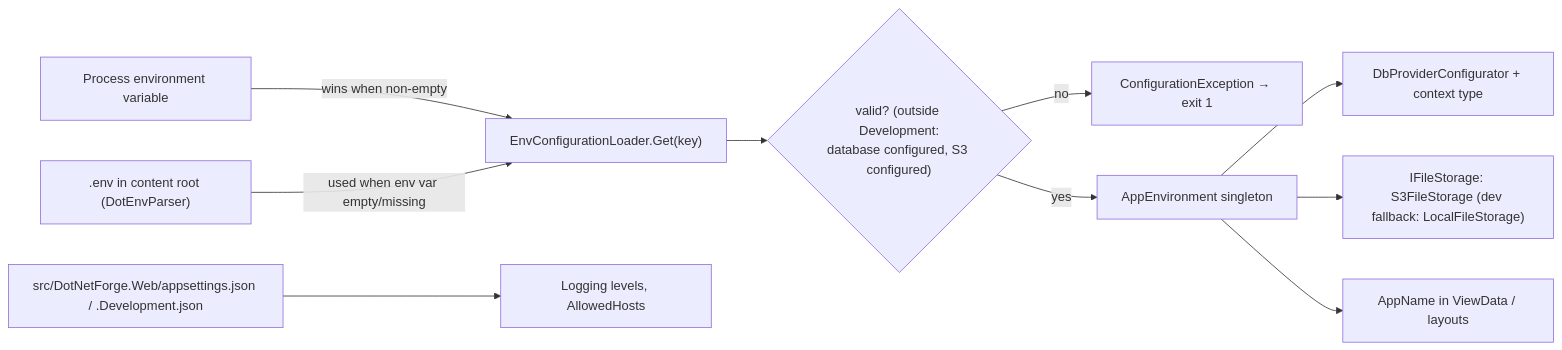
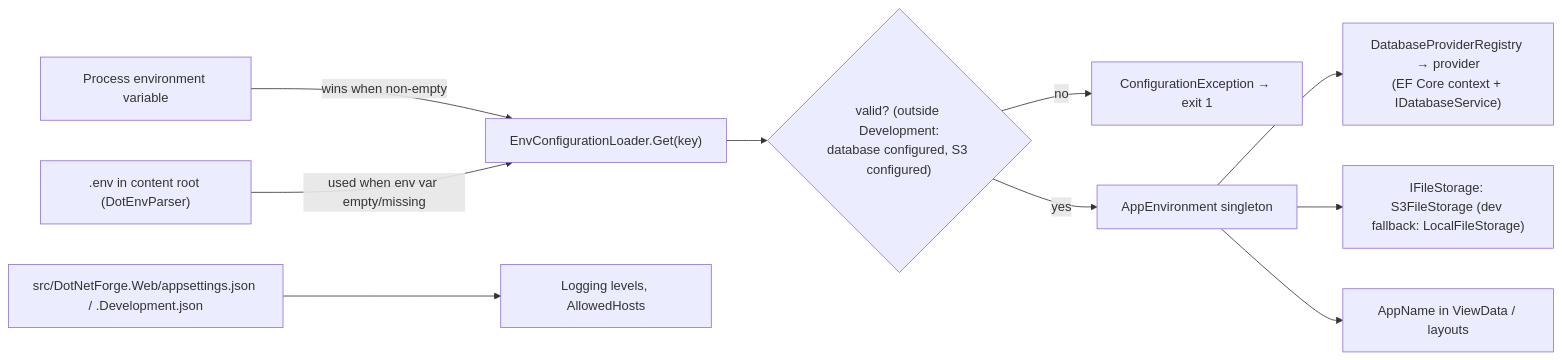
One commit to Albadit/DotNetForge changed diagram 12 of 12 in .docs/architecture/data-flow.md. Above: the diagram before and after it, drawn with Mermaid. The commit also changed other lines of this file and 90 other files, not shown here.

````diff
--- a/.docs/architecture/data-flow.md
+++ b/.docs/architecture/data-flow.md
@@ -411,12 +412,12 @@
 ```mermaid
 flowchart LR
     EnvVar["Process environment variable"] -- "wins when non-empty" --> Get["EnvConfigurationLoader.Get(key)"]
     File[".env in content root (DotEnvParser)"] -- "used when env var empty/missing" --> Get
     Get --> Validate{"valid? (outside Development:<br/>database configured, S3 configured)"}
     Validate -- no --> Ex["ConfigurationException → exit 1"]
     Validate -- yes --> AE["AppEnvironment singleton"]
-    AE --> DbCfg["DbProviderConfigurator + context type"]
+    AE --> DbCfg["DatabaseProviderRegistry → provider<br/>(EF Core context + IDatabaseService)"]
     AE --> Storage["IFileStorage: S3FileStorage (dev fallback: LocalFileStorage)"]
     AE --> Views["AppName in ViewData / layouts"]
     AppSettings["src/DotNetForge.Web/appsettings.json / .Development.json"] --> Logging["Logging levels, AllowedHosts"]
 ```
````
